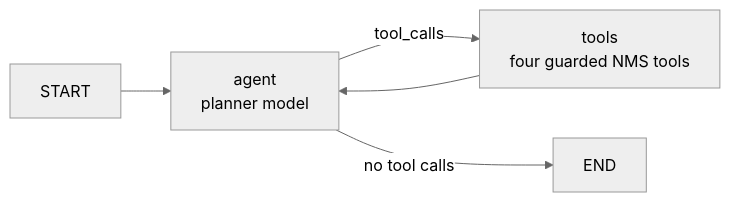
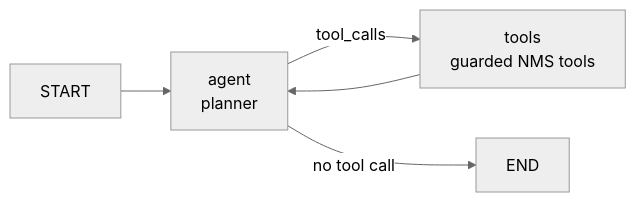
One commit to codetalks-hw/a2a-t-sdk-python changed the second of 2 diagrams in a2a-t-sample/ran-energy-saving/TECHNICAL.md. Above: the diagram before and after it, drawn with Mermaid (neutral theme). The commit also changed other lines of this file and 1 other file, not shown here.

````diff
--- a/a2a-t-sample/ran-energy-saving/TECHNICAL.md
+++ b/a2a-t-sample/ran-energy-saving/TECHNICAL.md
@@ -600,7 +311,7 @@
 ```mermaid
 flowchart LR
-    START --> A[agent<br/>planner model]
-    A -- tool_calls --> T[tools<br/>four guarded NMS tools]
+    START --> A[agent<br/>planner]
+    A -- tool_calls --> T[tools<br/>guarded NMS tools]
     T --> A
-    A -- no tool calls --> END
+    A -- no tool call --> END
 ```
````
